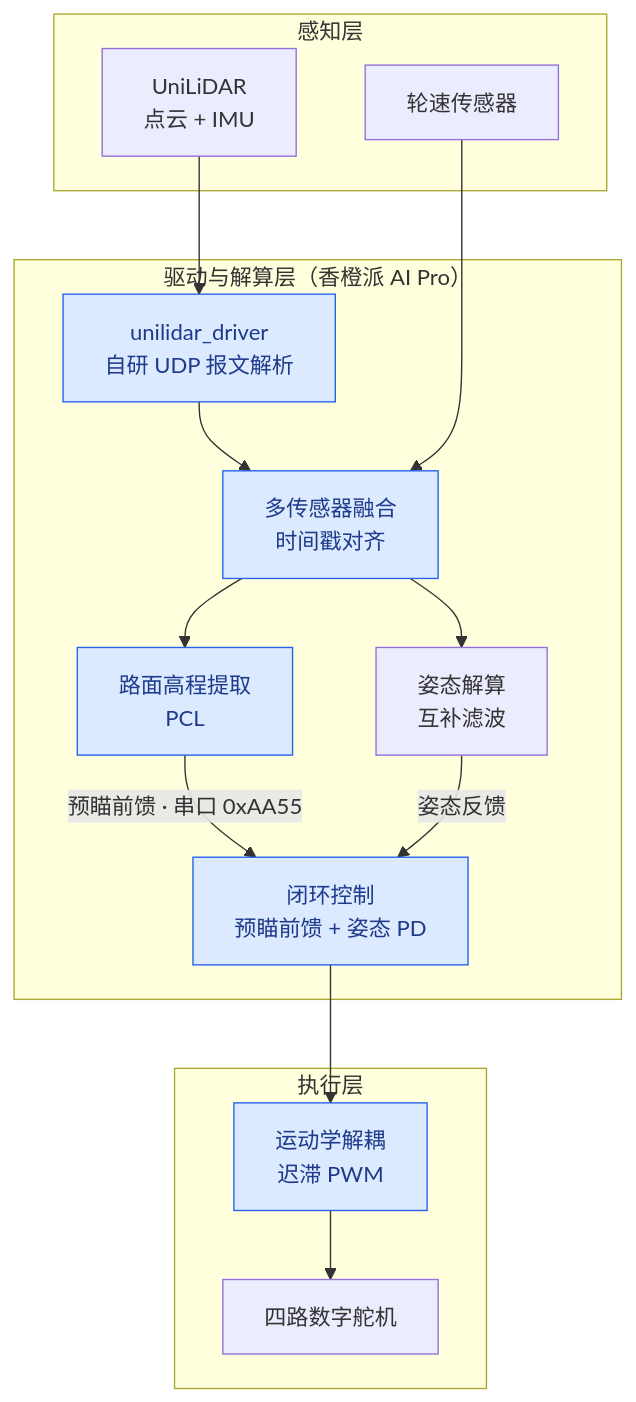
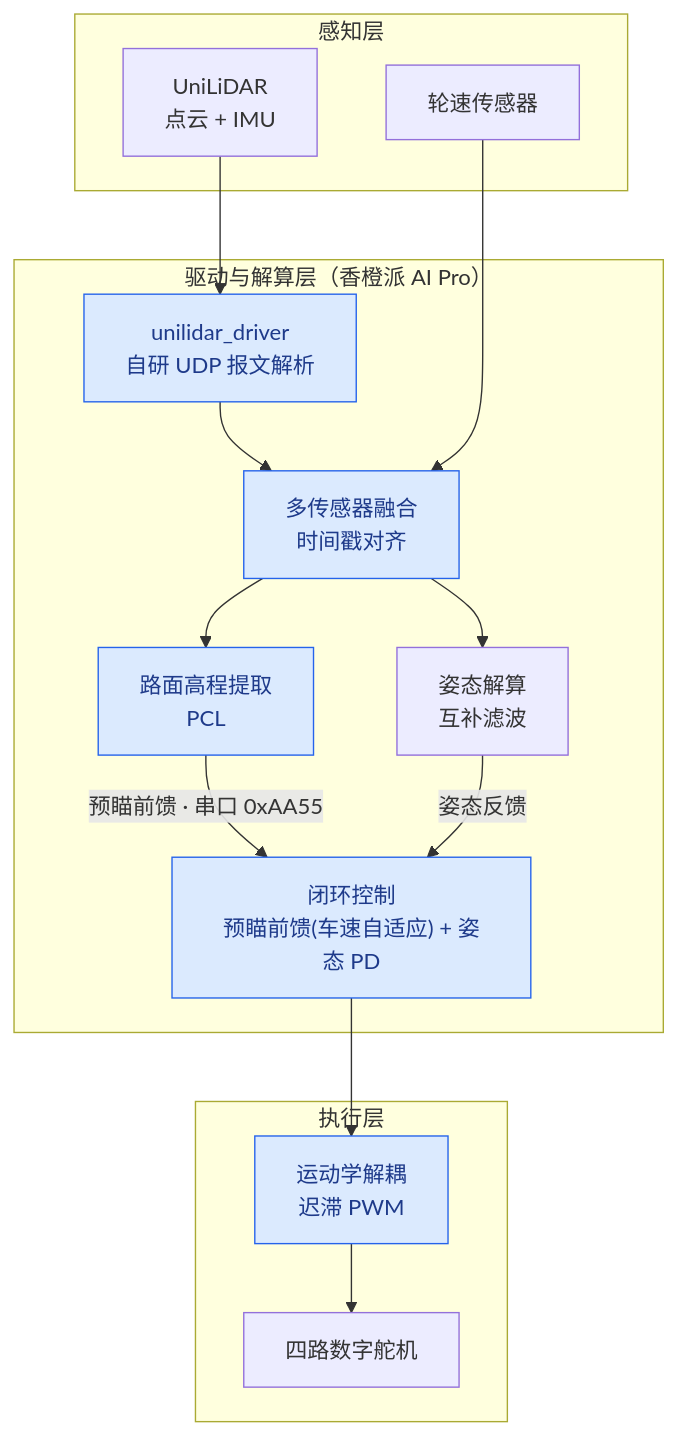
The first of 4 diagrams in README.md (qi-neo/active-suspension-lidar-preview), drawn with Mermaid before and after one commit. The commit also changed other lines of this file and 15 other files, not shown here.

````diff
--- a/README.md
+++ b/README.md
@@ -35,29 +36,29 @@
 ```mermaid
 %%{init: {"fontFamily": "-apple-system, BlinkMacSystemFont, PingFang SC, Helvetica Neue, Microsoft YaHei, sans-serif"}}%%
 flowchart TB
     subgraph S1["感知层"]
         L["UniLiDAR<br/>点云 + IMU"]
         W["轮速传感器"]
     end
     subgraph S2["驱动与解算层（香橙派 AI Pro）"]
         DR["unilidar_driver<br/>自研 UDP 报文解析"]
         F["多传感器融合<br/>时间戳对齐"]
         P["路面高程提取<br/>PCL"]
         A["姿态解算<br/>互补滤波"]
-        C["闭环控制<br/>预瞄前馈 + 姿态 PD"]
+        C["闭环控制<br/>预瞄前馈(车速自适应) + 姿态 PD"]
     end
     subgraph S3["执行层"]
         K["运动学解耦<br/>迟滞 PWM"]
         D["四路数字舵机"]
     end
     L --> DR
     DR --> F
     W --> F
     F --> P
     F --> A
     P -->|预瞄前馈 · 串口 0xAA55| C
     A -->|姿态反馈| C
     C --> K --> D
     classDef inrepo fill:#dbeafe,stroke:#2563eb,color:#1e3a8a
     class DR,F,P,C,K inrepo
 ```
````
